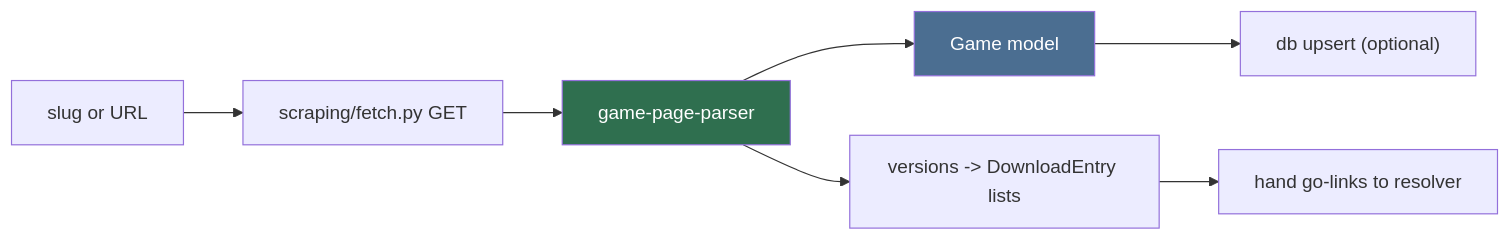
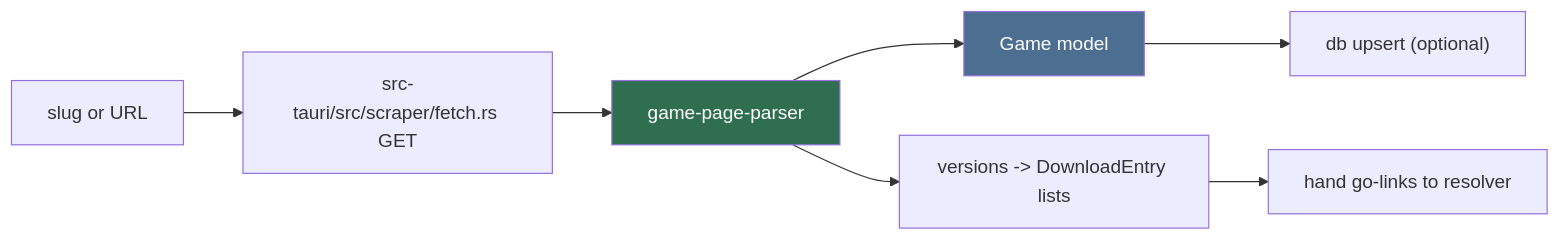
Before and after one commit to HELIX-Origin/LewdZone-Launcher: the diagram in .agents/skills/scrape-game-page/SKILL.md, drawn with Mermaid. The commit also changed other lines of this file and 217 other files, not shown here.

````diff
--- a/.agents/skills/scrape-game-page/SKILL.md
+++ b/.agents/skills/scrape-game-page/SKILL.md
@@ -12,12 +12,12 @@
 ```mermaid
 flowchart LR
-    A[slug or URL] --> B["scraping/fetch.py GET"]
+    A[slug or URL] --> B["src-tauri/src/scraper/fetch.rs GET"]
     B --> C[game-page-parser]
     C --> D[Game model]
     C --> E["versions -> DownloadEntry lists"]
     D --> F["db upsert (optional)"]
     E --> R[hand go-links to resolver]
 
     style C fill:#2f6f4f,color:#fff
     style D fill:#4b6e91,color:#fff
 ```
````
